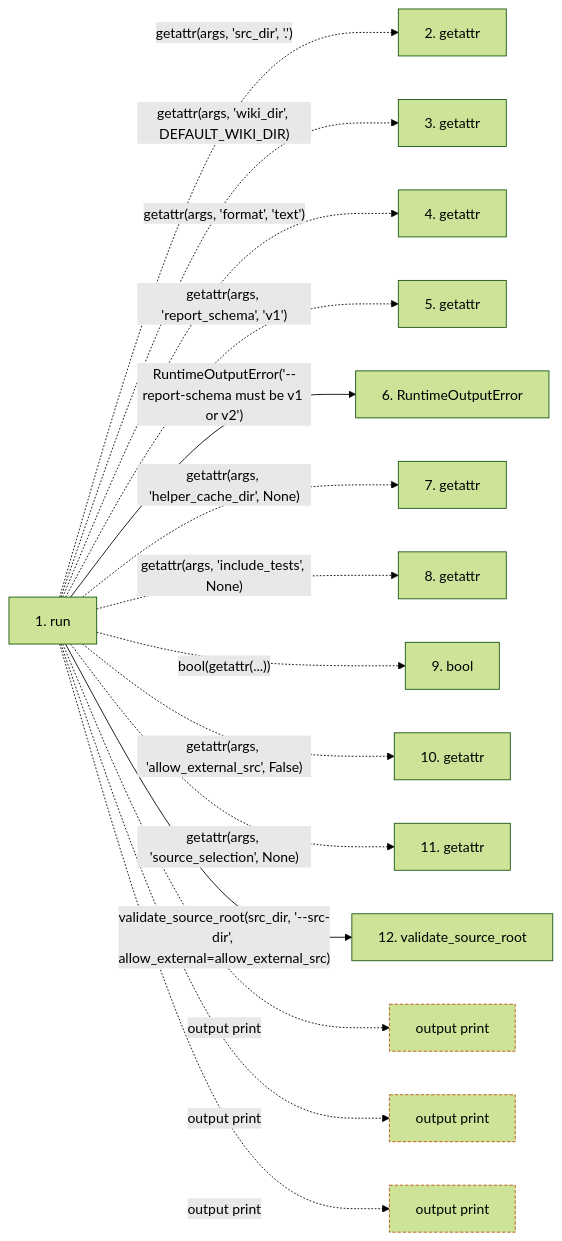
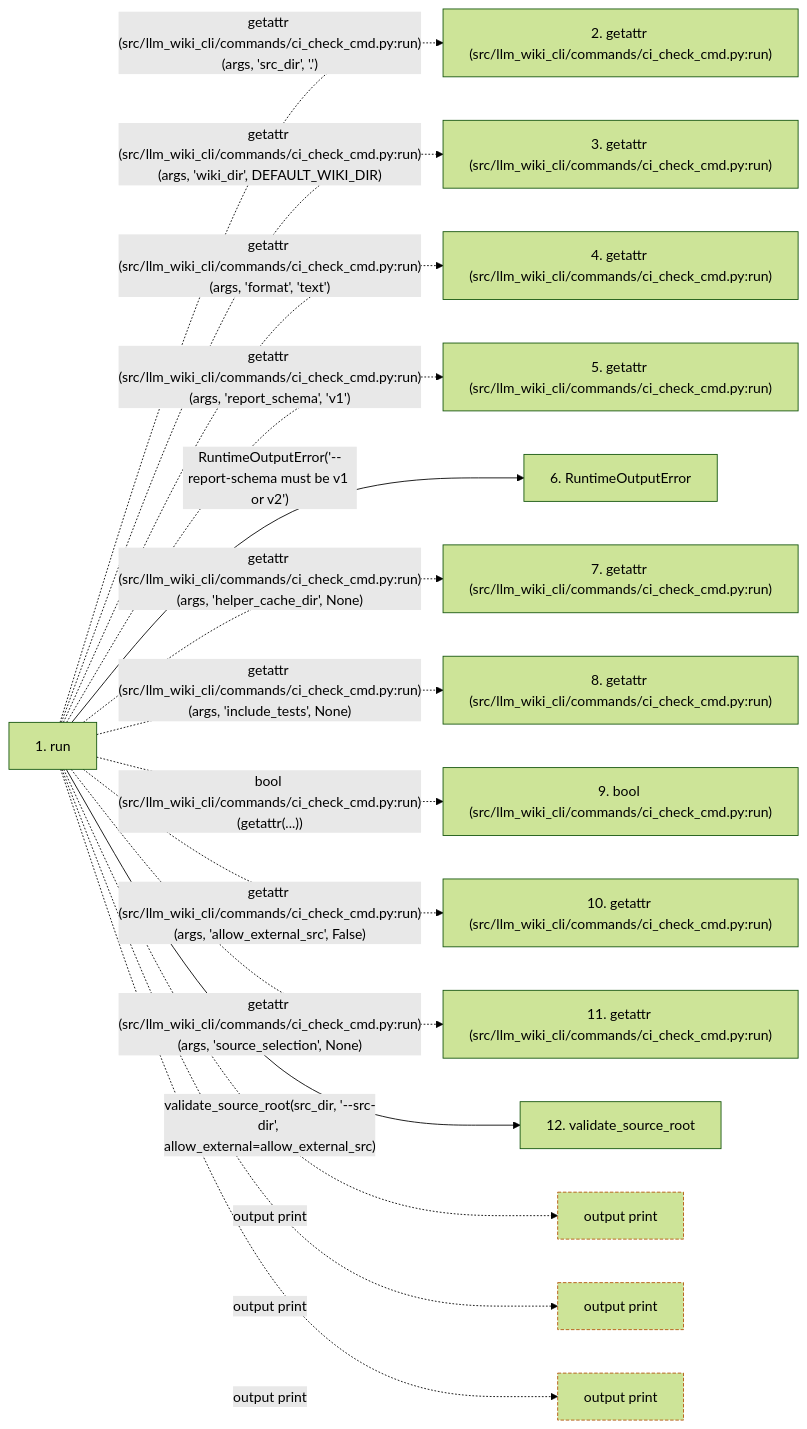
One commit to Denissvgn/python-wiki-llm changed the second of 2 diagrams in docs/llm_wiki/flows/cli-ci-check.md. Above: the diagram before and after it, drawn with Mermaid (forest theme). The commit also changed other lines of this file and 719 other files, not shown here.

````diff
--- a/docs/llm_wiki/flows/cli-ci-check.md
+++ b/docs/llm_wiki/flows/cli-ci-check.md
@@ -118,39 +125,39 @@
 ```mermaid
 flowchart LR
     s1["1. run"]
-    s2["2. getattr"]
-    s3["3. getattr"]
-    s4["4. getattr"]
-    s5["5. getattr"]
+    s2["2. getattr (src/llm_wiki_cli/commands/ci_check_cmd.py:run)"]
+    s3["3. getattr (src/llm_wiki_cli/commands/ci_check_cmd.py:run)"]
+    s4["4. getattr (src/llm_wiki_cli/commands/ci_check_cmd.py:run)"]
+    s5["5. getattr (src/llm_wiki_cli/commands/ci_check_cmd.py:run)"]
     s6["6. RuntimeOutputError"]
-    s7["7. getattr"]
-    s8["8. getattr"]
-    s9["9. bool"]
-    s10["10. getattr"]
-    s11["11. getattr"]
+    s7["7. getattr (src/llm_wiki_cli/commands/ci_check_cmd.py:run)"]
+    s8["8. getattr (src/llm_wiki_cli/commands/ci_check_cmd.py:run)"]
+    s9["9. bool (src/llm_wiki_cli/commands/ci_check_cmd.py:run)"]
+    s10["10. getattr (src/llm_wiki_cli/commands/ci_check_cmd.py:run)"]
+    s11["11. getattr (src/llm_wiki_cli/commands/ci_check_cmd.py:run)"]
     s12["12. validate_source_root"]
-    s1 -. "getattr(args, 'src_dir', '.')" .-> s2
-    s1 -. "getattr(args, 'wiki_dir', DEFAULT_WIKI_DIR)" .-> s3
-    s1 -. "getattr(args, 'format', 'text')" .-> s4
-    s1 -. "getattr(args, 'report_schema', 'v1')" .-> s5
+    s1 -. "getattr (src/llm_wiki_cli/commands/ci_check_cmd.py:run)(args, 'src_dir', '.')" .-> s2
+    s1 -. "getattr (src/llm_wiki_cli/commands/ci_check_cmd.py:run)(args, 'wiki_dir', DEFAULT_WIKI_DIR)" .-> s3
+    s1 -. "getattr (src/llm_wiki_cli/commands/ci_check_cmd.py:run)(args, 'format', 'text')" .-> s4
+    s1 -. "getattr (src/llm_wiki_cli/commands/ci_check_cmd.py:run)(args, 'report_schema', 'v1')" .-> s5
     s1 -->|"RuntimeOutputError('--report-schema must be v1 or v2')"| s6
-    s1 -. "getattr(args, 'helper_cache_dir', None)" .-> s7
-    s1 -. "getattr(args, 'include_tests', None)" .-> s8
-    s1 -. "bool(getattr(...))" .-> s9
-    s1 -. "getattr(args, 'allow_external_src', False)" .-> s10
-    s1 -. "getattr(args, 'source_selection', None)" .-> s11
+    s1 -. "getattr (src/llm_wiki_cli/commands/ci_check_cmd.py:run)(args, 'helper_cache_dir', None)" .-> s7
+    s1 -. "getattr (src/llm_wiki_cli/commands/ci_check_cmd.py:run)(args, 'include_tests', None)" .-> s8
+    s1 -. "bool (src/llm_wiki_cli/commands/ci_check_cmd.py:run)(getattr(...))" .-> s9
+    s1 -. "getattr (src/llm_wiki_cli/commands/ci_check_cmd.py:run)(args, 'allow_external_src', False)" .-> s10
+    s1 -. "getattr (src/llm_wiki_cli/commands/ci_check_cmd.py:run)(args, 'source_selection', None)" .-> s11
     s1 -->|"validate_source_root(src_dir, '--src-dir', allow_external=allow_external_src)"| s12
     b0["output print"]
     s1 -. "output print" .-> b0
     b1["output print"]
     s1 -. "output print" .-> b1
     b2["output print"]
     s1 -. "output print" .-> b2
     click s1 "../modules/ci_check_cmd.md"
     click s6 "../modules/runtime_output.md"
     click s12 "../modules/config.md"
     classDef boundary stroke:#b45309,stroke-dasharray: 4 2
     class b0 boundary
     class b1 boundary
     class b2 boundary
 ```
````
